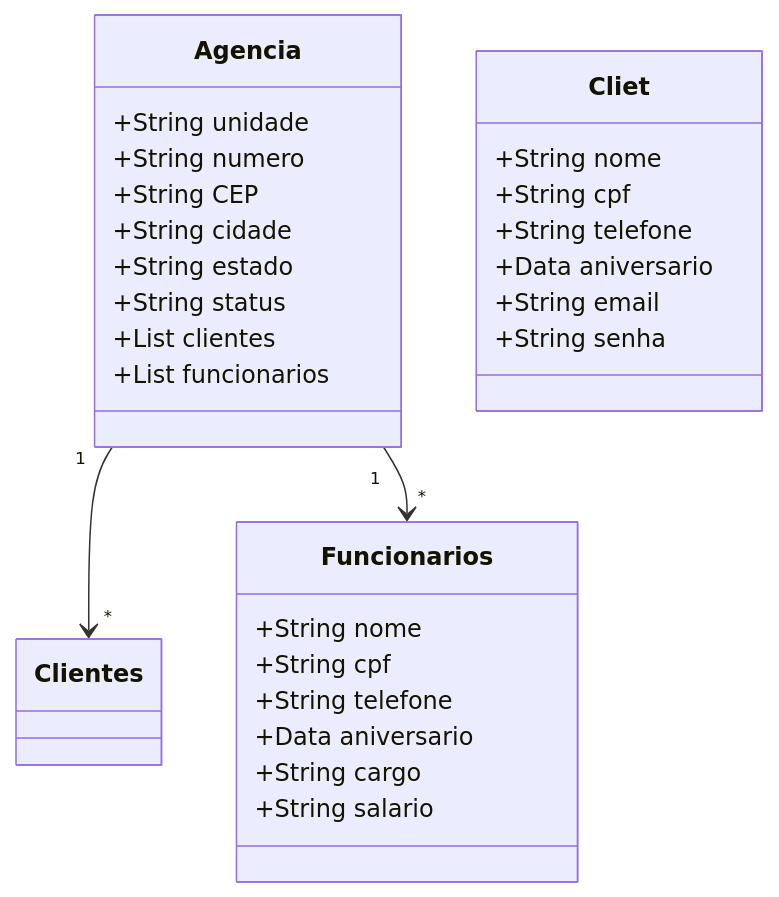
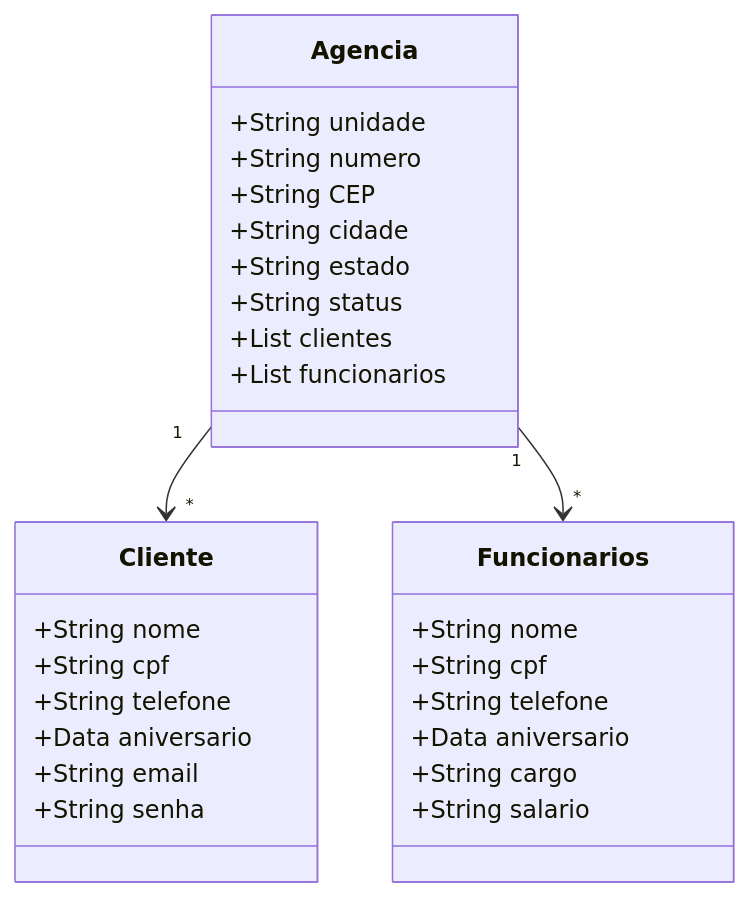
One commit to Myrella-Goms/decola-tech-API-desafio-2025 changed the diagram in README.md. Above: the diagram before and after it, drawn with Mermaid.

````diff
--- a/README.md
+++ b/README.md
@@ -13,34 +13,34 @@
 ```mermaid
 classDiagram
     class Agencia {
         +String unidade
         +String numero
         +String CEP
         +String cidade
         +String estado
         +String status
         +List<Clientes> clientes
         +List<Funcionarios> funcionarios
     }
 
-    class Cliet {
+    class Cliente {
         +String nome
         +String cpf
         +String telefone
         +Data aniversario
         +String email
         +String senha
     }
 
     class Funcionarios {
         +String nome
         +String cpf
         +String telefone
         +Data aniversario
         +String cargo
         +String salario
     }
 
-    Agencia "1" --> "*" Clientes
+    Agencia "1" --> "*" Cliente
     Agencia "1" --> "*" Funcionarios
 ```
````
